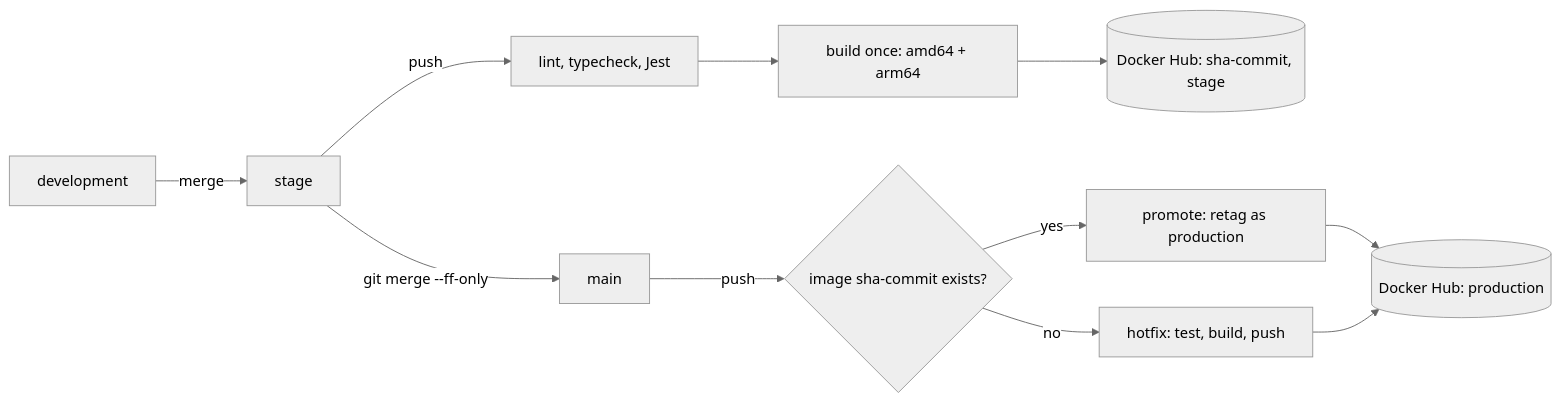
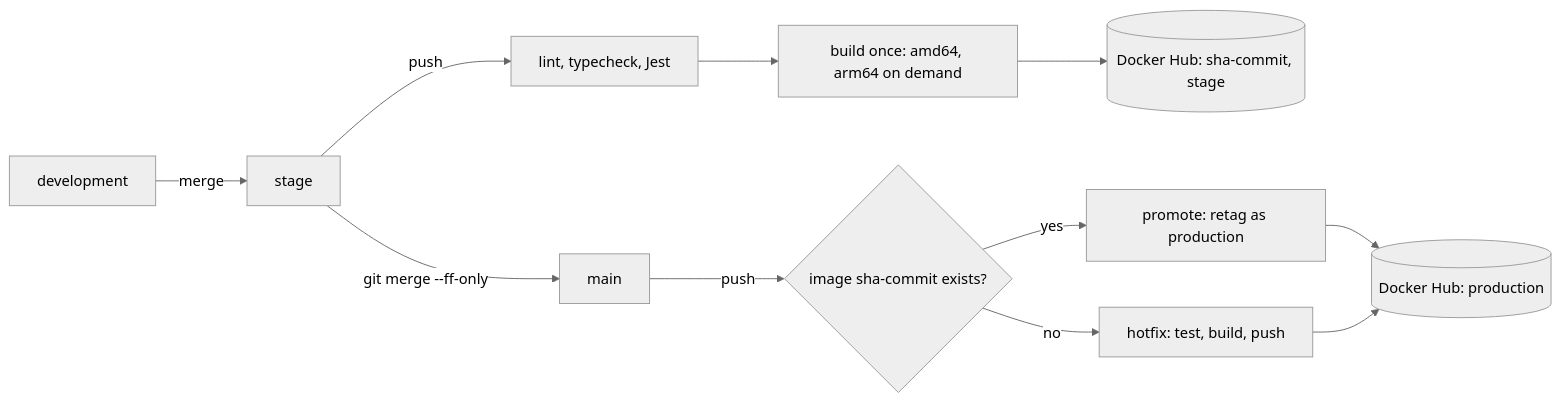
One commit to adamdayniold/application-container-box changed the diagram in README.md. Above: the diagram before and after it, drawn with Mermaid (neutral theme). The commit also changed other lines of this file and 1 other file, not shown here.

````diff
--- a/README.md
+++ b/README.md
@@ -28,13 +28,13 @@
 ```mermaid
 flowchart LR
     Dev[development] -->|merge| Stage[stage]
     Stage -->|git merge --ff-only| Main[main]
     Stage -->|push| Test1[lint, typecheck, Jest]
-    Test1 --> Build[build once: amd64 + arm64]
+    Test1 --> Build[build once: amd64, arm64 on demand]
     Build --> Hub[(Docker Hub: sha-commit, stage)]
     Main -->|push| Detect{image sha-commit exists?}
     Detect -->|yes| Promote[promote: retag as production]
     Detect -->|no| Hotfix[hotfix: test, build, push]
     Promote --> Hub2[(Docker Hub: production)]
     Hotfix --> Hub2
 ```
````
